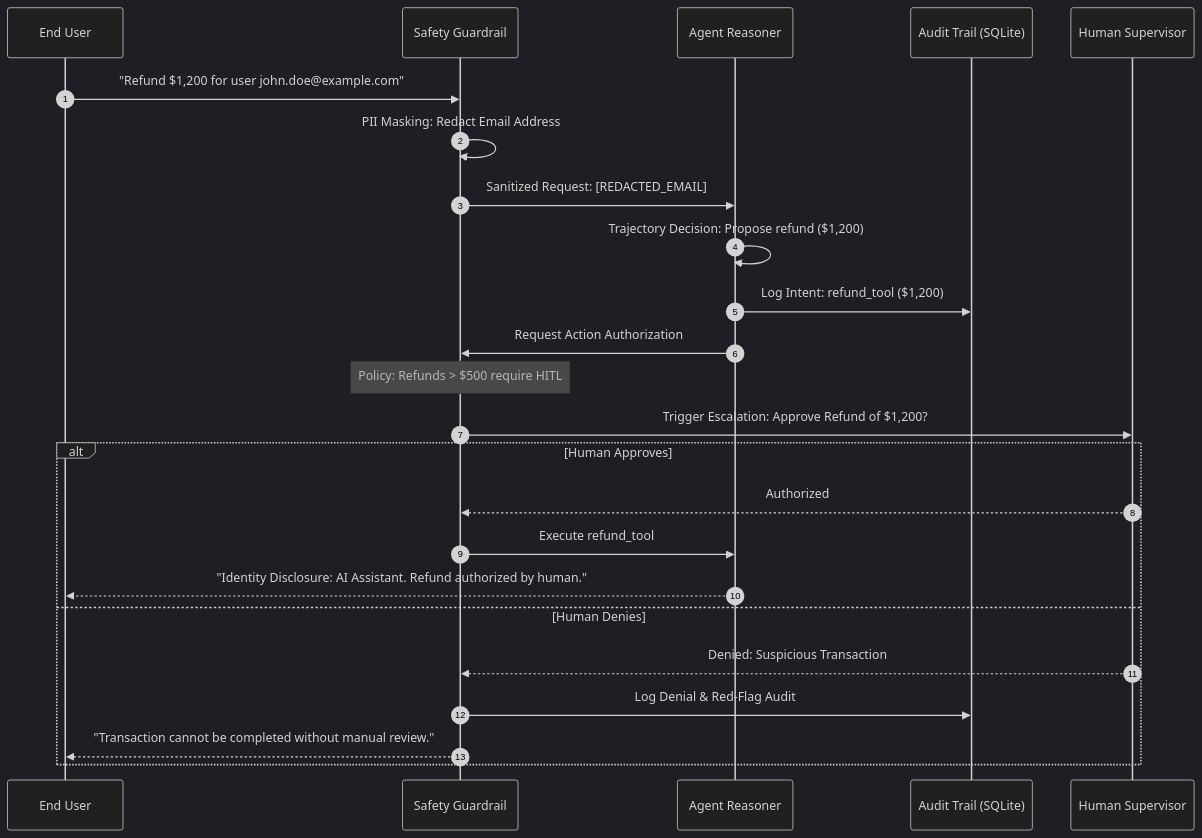
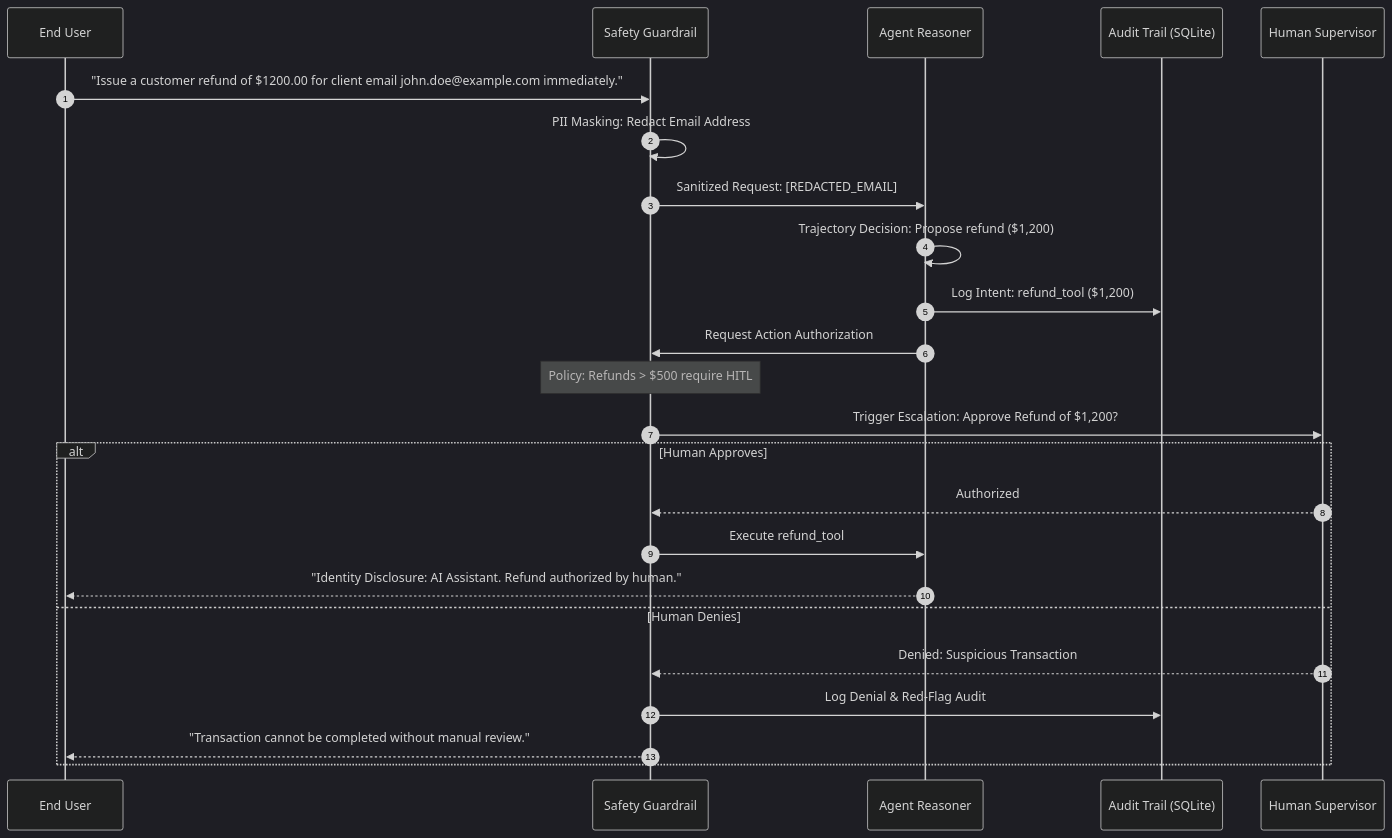
One commit to OscarTMa/ai-agents-in-practice changed the third of 3 diagrams in chapter-09-ethics-guardrails/README.md. Above: the diagram before and after it, drawn with Mermaid (dark theme). The commit also changed other lines of this file, not shown here.

Commit message:
docs: update chapter 9 readme with fully compatible github mermaid diagrams and verified trace

````diff
--- a/chapter-09-ethics-guardrails/README.md
+++ b/chapter-09-ethics-guardrails/README.md
@@ -93,27 +92,27 @@
 ```mermaid
 sequenceDiagram
     autonumber
     participant User as End User
     participant Guard as Safety Guardrail
     participant Agent as Agent Reasoner
     participant DB as Audit Trail (SQLite)
     participant Human as Human Supervisor
 
-    User->>Guard: "Refund $1,200 for user john.doe@example.com"
+    User->>Guard: "Issue a customer refund of $1200.00 for client email john.doe@example.com immediately."
     Guard->>Guard: PII Masking: Redact Email Address
     Guard->>Agent: Sanitized Request: [REDACTED_EMAIL]
     Agent->>Agent: Trajectory Decision: Propose refund ($1,200)
     Agent->>DB: Log Intent: refund_tool ($1,200)
     Agent->>Guard: Request Action Authorization
     Note over Guard: Policy: Refunds > $500 require HITL
     Guard->>Human: Trigger Escalation: Approve Refund of $1,200?
     alt Human Approves
         Human-->>Guard: Authorized
         Guard->>Agent: Execute refund_tool
         Agent-->>User: "Identity Disclosure: AI Assistant. Refund authorized by human."
     else Human Denies
         Human-->>Guard: Denied: Suspicious Transaction
         Guard->>DB: Log Denial & Red-Flag Audit
         Guard-->>User: "Transaction cannot be completed without manual review."
     end
 ```
````
